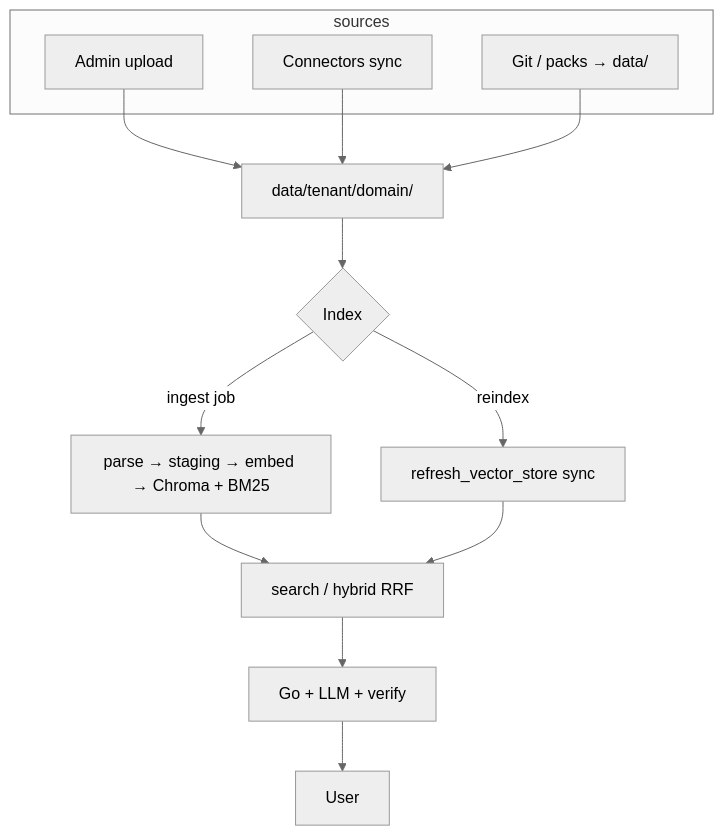
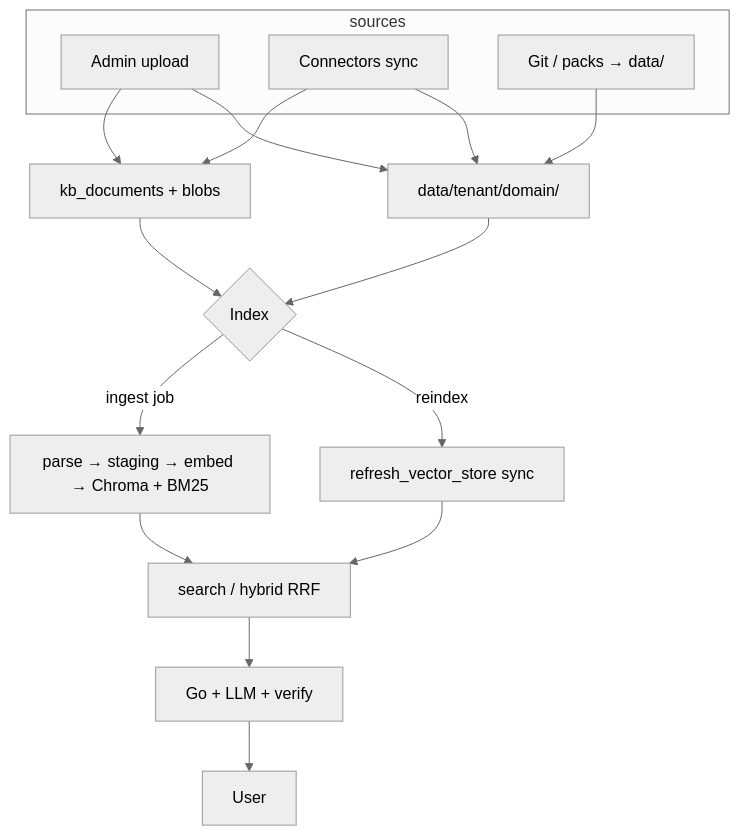
One commit to kantik001/grounded-llm changed the diagram in docs/en/knowledge-base/data-pipeline.md. Above: the diagram before and after it, drawn with Mermaid (neutral theme). The commit also changed other lines of this file and 57 other files, not shown here.

First line of the commit message:
feat: enterprise KB source of truth with registry, blobs, and index runs

````diff
--- a/docs/en/knowledge-base/data-pipeline.md
+++ b/docs/en/knowledge-base/data-pipeline.md
@@ -22,18 +22,21 @@
 ```mermaid
 flowchart TB
     subgraph sources
         U[Admin upload]
         C[Connectors sync]
         G[Git / packs → data/]
     end
-    U --> D[data/tenant/domain/]
+    U --> REG[kb_documents + blobs]
+    C --> REG
+    G --> D[data/tenant/domain/]
+    U --> D
     C --> D
-    G --> D
-    D --> I{Index}
+    REG --> I{Index}
+    D --> I
     I -->|ingest job| P[parse → staging → embed → Chroma + BM25]
     I -->|reindex| R[refresh_vector_store sync]
     P --> S[search / hybrid RRF]
     R --> S
     S --> A[Go + LLM + verify]
     A --> User[User]
 ```
````
